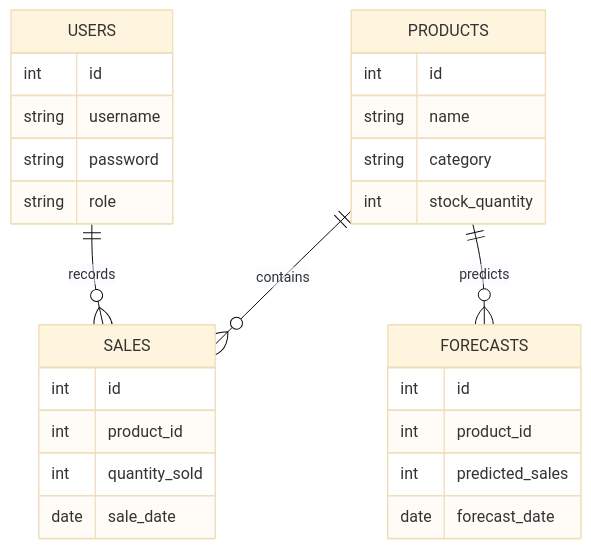
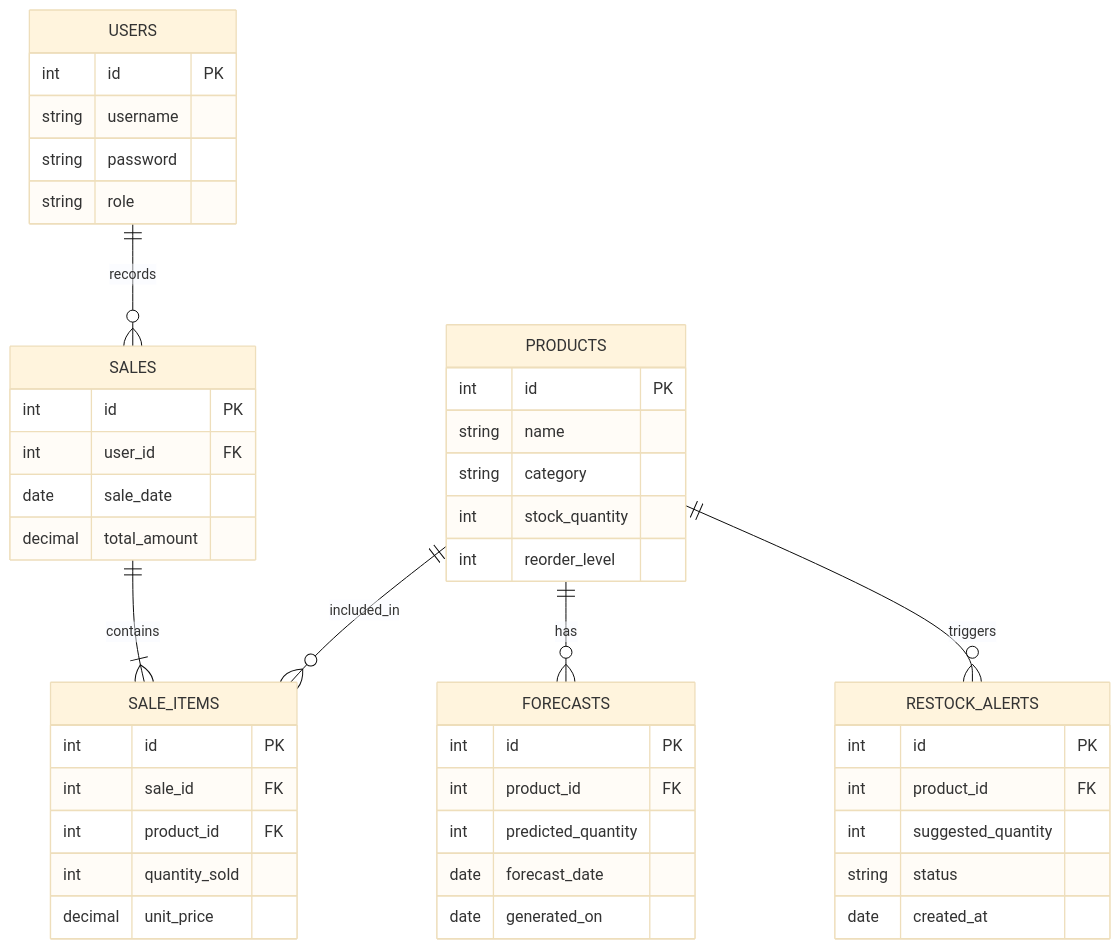
Before and after one commit to Poorna-Raj/zyntra-flow: the fifth of 6 diagrams in docs/design-doc.md, drawn with Mermaid (base theme). The commit also changed other lines of this file, not shown here.

````diff
--- a/docs/design-doc.md
+++ b/docs/design-doc.md
@@ -288,35 +298,49 @@
 ```mermaid
 erDiagram
-
     USERS {
-        int id
+        int id PK
         string username
         string password
         string role
     }
-
     PRODUCTS {
-        int id
+        int id PK
         string name
         string category
         int stock_quantity
+        int reorder_level
     }
-
     SALES {
-        int id
-        int product_id
+        int id PK
+        int user_id FK
+        date sale_date
+        decimal total_amount
+    }
+    SALE_ITEMS {
+        int id PK
+        int sale_id FK
+        int product_id FK
         int quantity_sold
-        date sale_date
+        decimal unit_price
     }
-
     FORECASTS {
-        int id
-        int product_id
-        int predicted_sales
+        int id PK
+        int product_id FK
+        int predicted_quantity
         date forecast_date
+        date generated_on
+    }
+    RESTOCK_ALERTS {
+        int id PK
+        int product_id FK
+        int suggested_quantity
+        string status
+        date created_at
     }
 
     USERS ||--o{ SALES : records
-    PRODUCTS ||--o{ SALES : contains
-    PRODUCTS ||--o{ FORECASTS : predicts
+    SALES ||--|{ SALE_ITEMS : contains
+    PRODUCTS ||--o{ SALE_ITEMS : included_in
+    PRODUCTS ||--o{ FORECASTS : has
+    PRODUCTS ||--o{ RESTOCK_ALERTS : triggers
 ```
````
